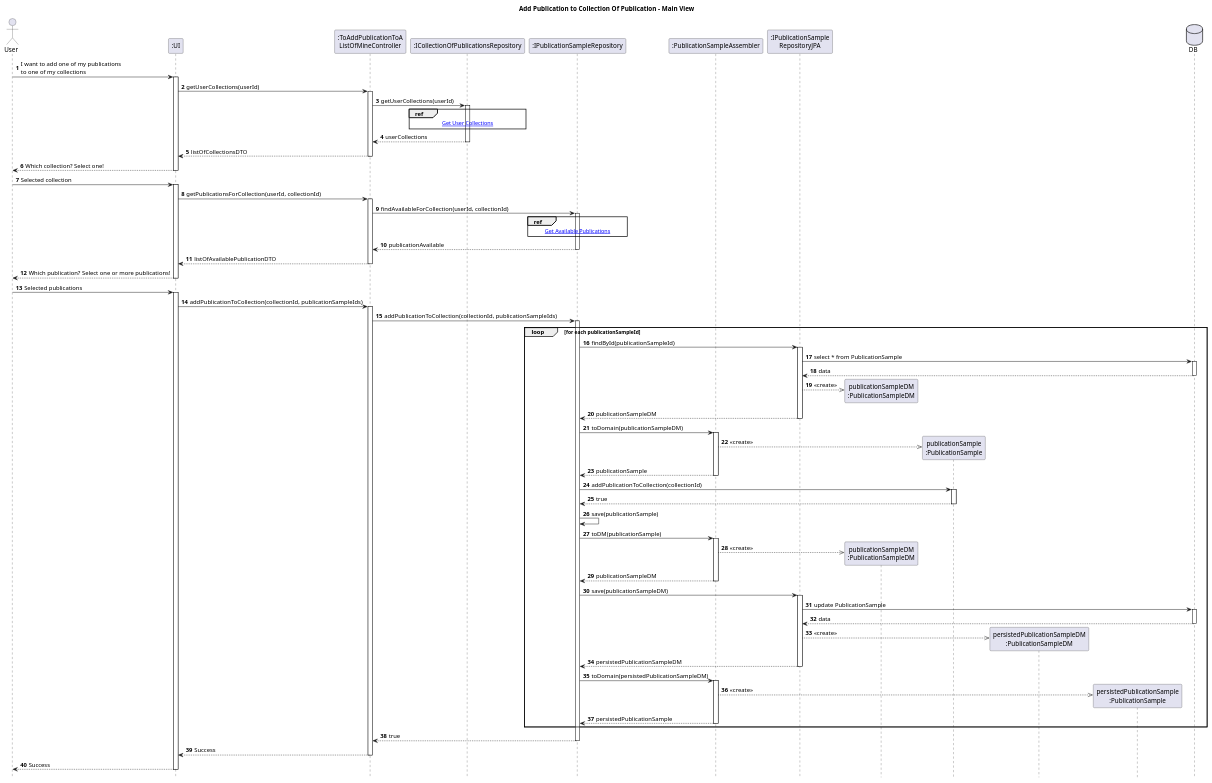
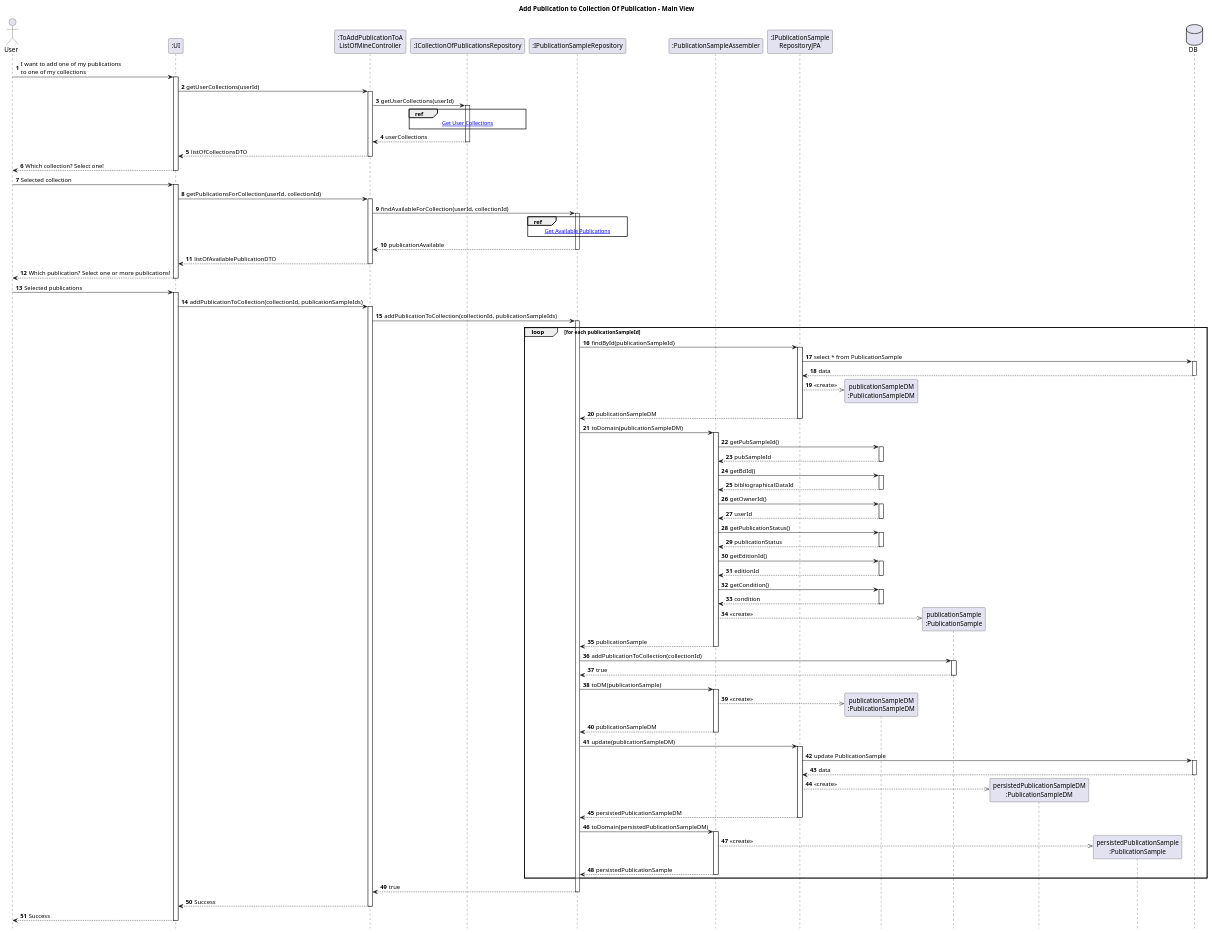
The diagram in Diagrams/SequenceDiagrams/N2/To-add-a-publication-to-list/1.MainDiagram.puml (AndrePereiraGitH/SWitCH-Project-Team_A), drawn with PlantUML before and after one commit.

Commit message:
fix #742: minor changes in SD

```diff
--- a/Diagrams/SequenceDiagrams/N2/To-add-a-publication-to-list/1.MainDiagram.puml
+++ b/Diagrams/SequenceDiagrams/N2/To-add-a-publication-to-list/1.MainDiagram.puml
@@ -1,158 +1,192 @@
 @startuml
 hide footbox
 autonumber
 title Add Publication to Collection Of Publication - Main View
 
 actor "User" as User
 participant ":UI" as UI
 participant ":ToAddPublicationToA\nListOfMineController" as Controller
 
 participant ":ICollectionOfPublicationsRepository" as CollectionRepo
 
 participant ":IPublicationSampleRepository" as PublicationSampleRepo
 participant ":PublicationSampleAssembler" as PublicationSampleAssembler
 participant ":IPublicationSample\nRepositoryJPA" as PublicationSampleRepoJPA
 participant "publicationSampleDM\n:PublicationSampleDM" as publicationSampleDM
 participant "publicationSample\n:PublicationSample" as PublicationSample
 participant "persistedPublicationSampleDM\n:PublicationSampleDM" as persistedPublicationSampleDM
 participant "persistedPublicationSample\n:PublicationSample" as persistedPublicationSample
 
 database "DB" as DB
 
 User -> UI : I want to add one of my publications \nto one of my collections
 activate UI
 
 ' =========================
 ' Get User Collections
 ' =========================
 UI -> Controller : getUserCollections(userId)
 activate Controller
 
 Controller -> CollectionRepo : getUserCollections(userId)
 activate CollectionRepo
 
 ref over CollectionRepo
  [[2.GetUserCollections.puml Get User Collections]]
 end ref
 
 CollectionRepo --> Controller : userCollections
 deactivate CollectionRepo
 
 Controller --> UI : listOfCollectionsDTO
 deactivate Controller
 
 UI --> User : Which collection? Select one!
 deactivate UI
 
 User -> UI : Selected collection
 activate UI
 
 ' =========================
 ' Get Available Publications
 ' =========================
 UI -> Controller : getPublicationsForCollection(userId, collectionId)
 activate Controller
 
 Controller -> PublicationSampleRepo : findAvailableForCollection(userId, collectionId)
 activate PublicationSampleRepo
 
 ref over PublicationSampleRepo
  [[3.GetAvailablePublications.puml Get Available Publications]]
 end ref
 
 PublicationSampleRepo --> Controller : publicationAvailable
 deactivate PublicationSampleRepo
 
 Controller --> UI : listOfAvailablePublicationDTO
 deactivate Controller
 
 UI --> User : Which publication? Select one or more publications!
 deactivate UI
 
 User -> UI : Selected publications
 activate UI
 
 ' =========================
 ' Add Publication To Collection
 ' =========================
 UI -> Controller : addPublicationToCollection(collectionId, publicationSampleIds)
 activate Controller
 
 Controller -> PublicationSampleRepo : addPublicationToCollection(collectionId, publicationSampleIds)
 activate PublicationSampleRepo
 
 loop for each publicationSampleId
 
     PublicationSampleRepo -> PublicationSampleRepoJPA : findById(publicationSampleId)
     activate PublicationSampleRepoJPA
 
     PublicationSampleRepoJPA -> DB : select * from PublicationSample
     activate DB
 
     DB --> PublicationSampleRepoJPA : data
     deactivate DB
 
     PublicationSampleRepoJPA -->> publicationSampleDM ** : <<create>>
 
     PublicationSampleRepoJPA --> PublicationSampleRepo : publicationSampleDM
     deactivate PublicationSampleRepoJPA
 
     PublicationSampleRepo -> PublicationSampleAssembler : toDomain(publicationSampleDM)
     activate PublicationSampleAssembler
 
+    PublicationSampleAssembler -> publicationSampleDM : getPubSampleId()
+    activate publicationSampleDM
+
+    publicationSampleDM --> PublicationSampleAssembler : pubSampleId
+    deactivate publicationSampleDM
+
+    PublicationSampleAssembler -> publicationSampleDM : getBdId()
+    activate publicationSampleDM
+
+    publicationSampleDM --> PublicationSampleAssembler : bibliographicalDataId
+    deactivate publicationSampleDM
+
+    PublicationSampleAssembler -> publicationSampleDM : getOwnerId()
+    activate publicationSampleDM
+
+    publicationSampleDM --> PublicationSampleAssembler : userId
+    deactivate publicationSampleDM
+
+    PublicationSampleAssembler -> publicationSampleDM : getPublicationStatus()
+    activate publicationSampleDM
+
+    publicationSampleDM --> PublicationSampleAssembler : publicationStatus
+    deactivate publicationSampleDM
+
+    PublicationSampleAssembler -> publicationSampleDM : getEditionId()
+    activate publicationSampleDM
+
+    publicationSampleDM --> PublicationSampleAssembler : editionId
+    deactivate publicationSampleDM
+
+    PublicationSampleAssembler -> publicationSampleDM : getCondition()
+    activate publicationSampleDM
+
+    publicationSampleDM --> PublicationSampleAssembler : condition
+    deactivate publicationSampleDM
+
     PublicationSampleAssembler -->> PublicationSample ** : <<create>>
 
     PublicationSampleAssembler --> PublicationSampleRepo : publicationSample
     deactivate PublicationSampleAssembler
 
     PublicationSampleRepo -> PublicationSample : addPublicationToCollection(collectionId)
     activate PublicationSample
 
     PublicationSample --> PublicationSampleRepo : true
     deactivate PublicationSample
 
-    PublicationSampleRepo -> PublicationSampleRepo : save(publicationSample)
-
     PublicationSampleRepo -> PublicationSampleAssembler : toDM(publicationSample)
     activate PublicationSampleAssembler
 
     PublicationSampleAssembler -->> publicationSampleDM ** : <<create>>
 
     PublicationSampleAssembler --> PublicationSampleRepo : publicationSampleDM
     deactivate PublicationSampleAssembler
 
-    PublicationSampleRepo -> PublicationSampleRepoJPA : save(publicationSampleDM)
+    PublicationSampleRepo -> PublicationSampleRepoJPA : update(publicationSampleDM)
     activate PublicationSampleRepoJPA
 
     PublicationSampleRepoJPA -> DB : update PublicationSample
     activate DB
 
     DB --> PublicationSampleRepoJPA : data
     deactivate DB
 
     PublicationSampleRepoJPA -->> persistedPublicationSampleDM ** : <<create>>
 
     PublicationSampleRepoJPA --> PublicationSampleRepo : persistedPublicationSampleDM
     deactivate PublicationSampleRepoJPA
 
     PublicationSampleRepo -> PublicationSampleAssembler : toDomain(persistedPublicationSampleDM)
     activate PublicationSampleAssembler
 
     PublicationSampleAssembler -->> persistedPublicationSample ** : <<create>>
 
     PublicationSampleAssembler --> PublicationSampleRepo : persistedPublicationSample
     deactivate PublicationSampleAssembler
 
 
 end
 
 PublicationSampleRepo --> Controller : true
 deactivate PublicationSampleRepo
 
 Controller --> UI : Success
 deactivate Controller
 
 UI --> User : Success
 deactivate UI
 
 @enduml
```
